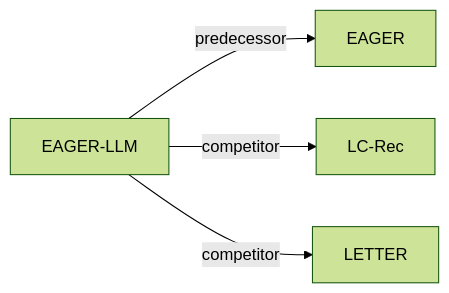
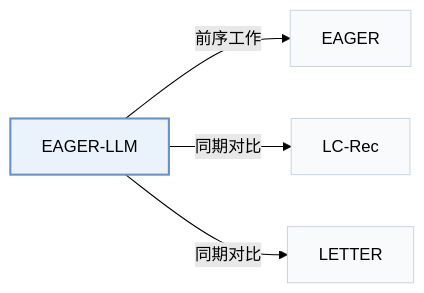
One commit to Galaxy-ghost/Awesome-SID-Generative-Rec changed the second of 2 diagrams in pages/zh/papers/eager-llm.md. Above: the diagram before and after it, drawn with Mermaid (forest theme). The commit also changed other lines of this file and 649 other files, not shown here.

Commit message:
writer-05: also tags and modality index (schema, check, build, visuals); summary field removed; calibration data for 12 papers

````diff
--- a/pages/zh/papers/eager-llm.md
+++ b/pages/zh/papers/eager-llm.md
@@ -67,7 +74,11 @@
 ```mermaid
 flowchart LR
     P["EAGER-LLM"]
-    P -->|predecessor| A["EAGER"]
-    P -->|competitor| B["LC-Rec"]
-    P -->|competitor| C["LETTER"]
+    P -->|"前序工作"| A["EAGER"]
+    P -->|"同期对比"| B["LC-Rec"]
+    P -->|"同期对比"| C["LETTER"]
+    classDef main fill:#eaf2fb,stroke:#6b8fc7,stroke-width:2px
+    classDef peer fill:#f8fafc,stroke:#cbd5e1
+    class P main
+    class A,B,C peer
 ```
````
